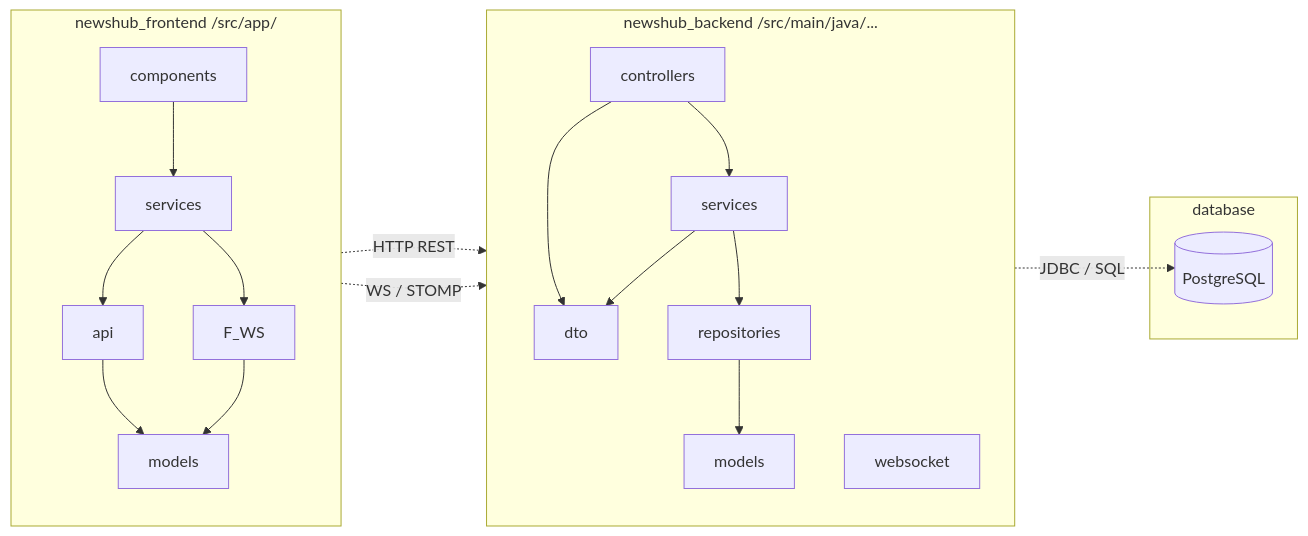
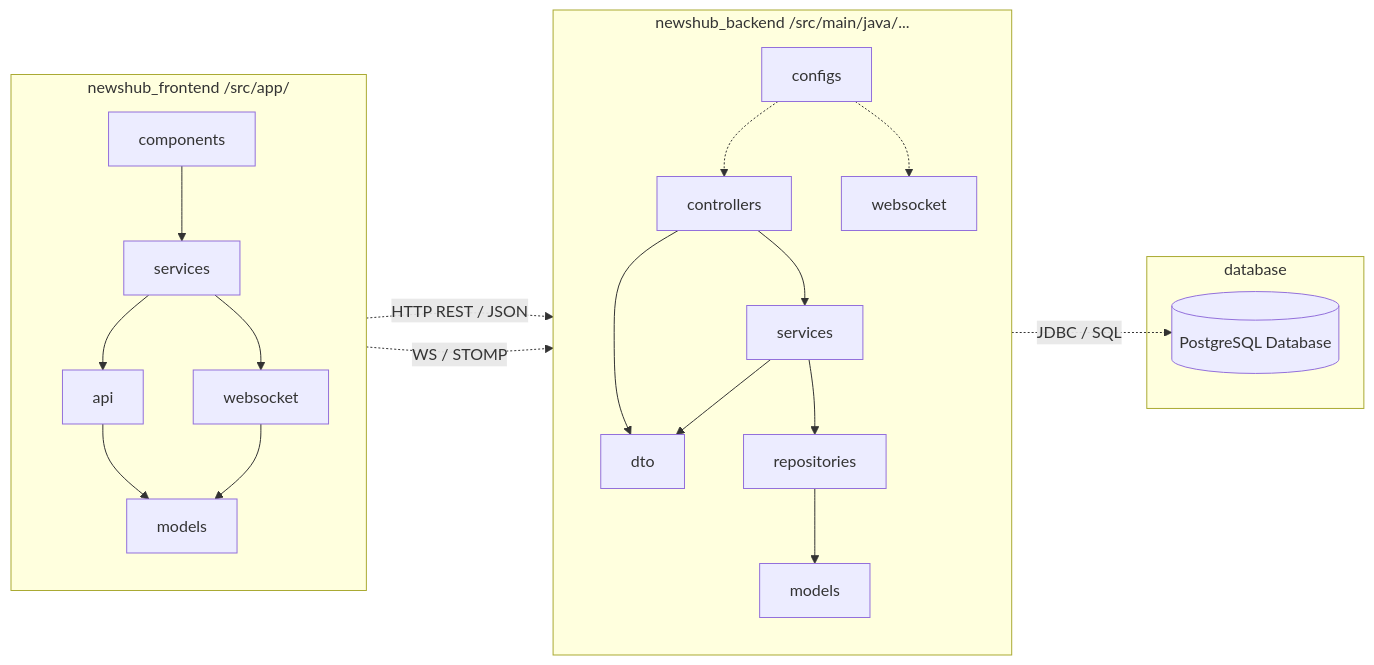
One commit to ArsenMonets/newshub changed the second of 5 diagrams in README.md. Above: the diagram before and after it, drawn with Mermaid. The commit also changed other lines of this file and 1 other file, not shown here.

````diff
--- a/README.md
+++ b/README.md
@@ -66,41 +55,46 @@
 ```mermaid
 graph LR
-    subgraph newshub_frontend [newshub_frontend /src/app/]
+    subgraph Angular_Client [newshub_frontend /src/app/]
         direction TB
         F_Comp[components]
         F_Serv[services]
         F_Api[api]
+        F_WS[websocket]
         F_Mod[models]
         
         F_Comp --> F_Serv
         F_Serv --> F_Api
         F_Serv --> F_WS
         F_Api --> F_Mod
         F_WS --> F_Mod
     end
 
-    subgraph newshub_backend [newshub_backend /src/main/java/...]
+    subgraph Spring_Boot_Server [newshub_backend /src/main/java/...]
         direction TB
+        B_Config[configs]
         B_Ctrl[controllers]
         B_WS[websocket]
         B_Serv[services]
         B_Repo[repositories]
         B_Mod[models]
         B_DTO[dto]
         
         B_Ctrl --> B_Serv
         B_Ctrl --> B_DTO
         B_Serv --> B_Repo
         B_Serv --> B_DTO
         B_Repo --> B_Mod
+        B_Config -.-> B_Ctrl
+        B_Config -.-> B_WS
     end
 
     subgraph Database_Tier [database]
-        DB[(PostgreSQL)]
+        DB[(PostgreSQL Database)]
     end
 
-    %% Мережеві зв'язки (Протоколи взаємодії)
-    F_Api -.->|HTTP REST| B_Ctrl
-    F_Api -.->|WS / STOMP| B_WS
+    %% Network Connections & Protocols
+    F_Api -.->|HTTP REST / JSON| B_Ctrl
+    F_WS -.->|WS / STOMP| B_WS
     B_Repo -.->|JDBC / SQL| DB
+
 ```
````
